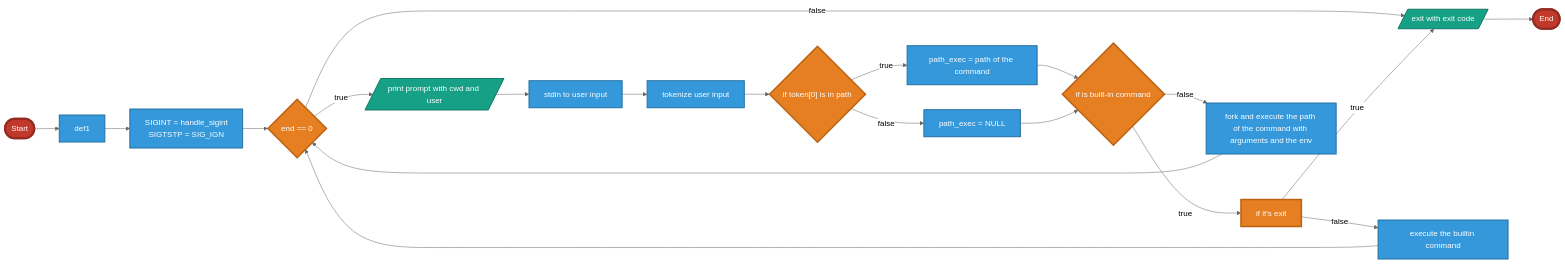
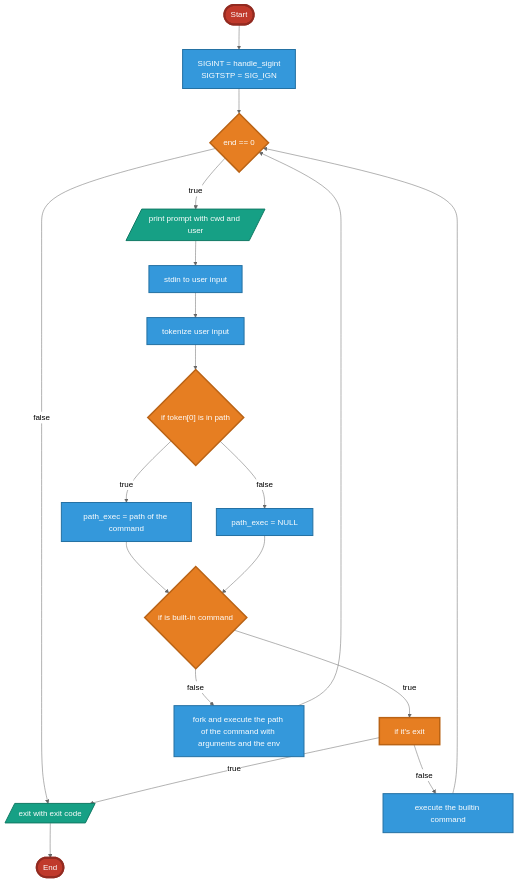
Before and after one commit to ylabate/holbertonschool-simple_shell: the diagram in FLOWCHART.md, drawn with Mermaid (neutral theme). The commit also changed 1 other file, not shown here.

Commit message:
fix: update flowchart reference in README.md and correct flowchart direction

````diff
--- a/FLOWCHART.md
+++ b/FLOWCHART.md
@@ -1,35 +1,34 @@
 ```mermaid
-flowchart LR
-    Start(["Start"]) --> def1["def1"]
-    def1 --> def2["SIGINT = handle_sigint
+flowchart TB
+    Start(["Start"]) --> def2["SIGINT = handle_sigint
     SIGTSTP = SIG_IGN"]
     def2 --> main_loop{"end == 0"}
     main_loop -- true --> prompt[/"print prompt with cwd and user"/]
     main_loop -- false --> exit[/"exit with exit code"/]
     exit --> End(["End"])
     prompt --> getline["stdin to user input"]
     getline --> tokenize["tokenize user input"]
     tokenize --> search_path{"if token[0] is in path"}
     search_path -- true --> path_exec1["path_exec = path of the command"]
     path_exec1 --> builtin{"if is built-in command"}
     search_path -- false --> path_exec2["path_exec = NULL"]
     path_exec2 --> builtin
     builtin -- true --> if_exit@{ label: "if it's exit" }
     if_exit -- true --> exit
     if_exit -- false --> exec_builtin["execute the builtin command"]
     exec_builtin --> main_loop
     builtin -- false --> exec_subprocess["fork and execute the path of the command with arguments and the env"]
     exec_subprocess --> main_loop
 
     if_exit@{ shape: rect}
     
     classDef startEnd fill:#C0392B,stroke:#922B21,color:#FDFEFE,stroke-width:4px
     classDef decision fill:#E67E22,stroke:#BA6315,color:#FDFEFE,stroke-width:3px
     classDef process fill:#3498DB,stroke:#2471A3,color:#FDFEFE,stroke-width:2px
     classDef io fill:#16A085,stroke:#117A65,color:#FDFEFE,stroke-width:2px
     
     class Start,End startEnd
     class main_loop,search_path,builtin,if_exit decision
     class def1,def2,getline,tokenize,path_exec1,path_exec2,exec_builtin,exec_subprocess process
     class prompt,exit io
 ```
````
